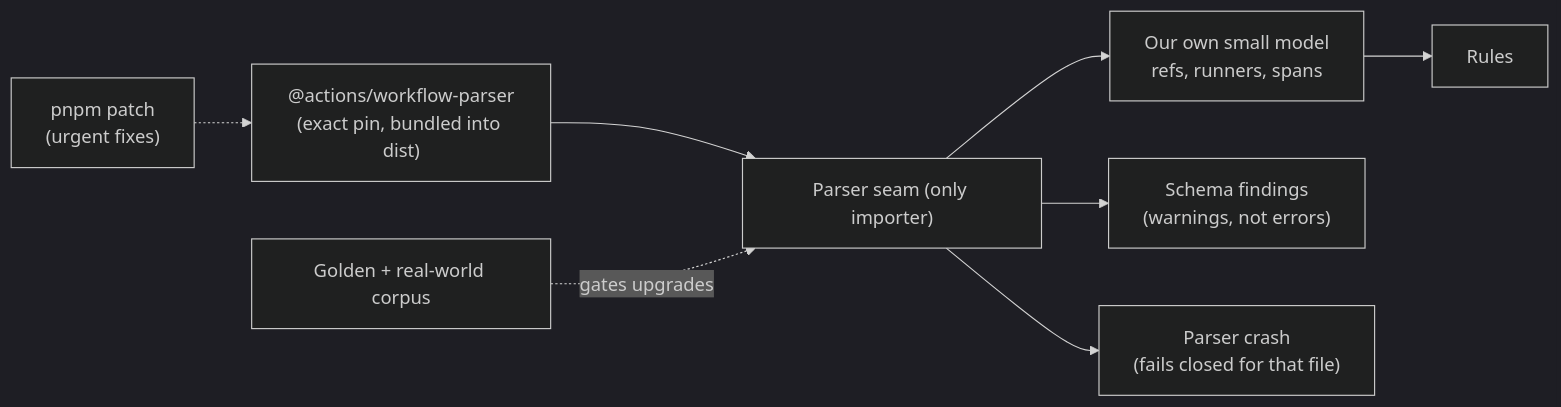
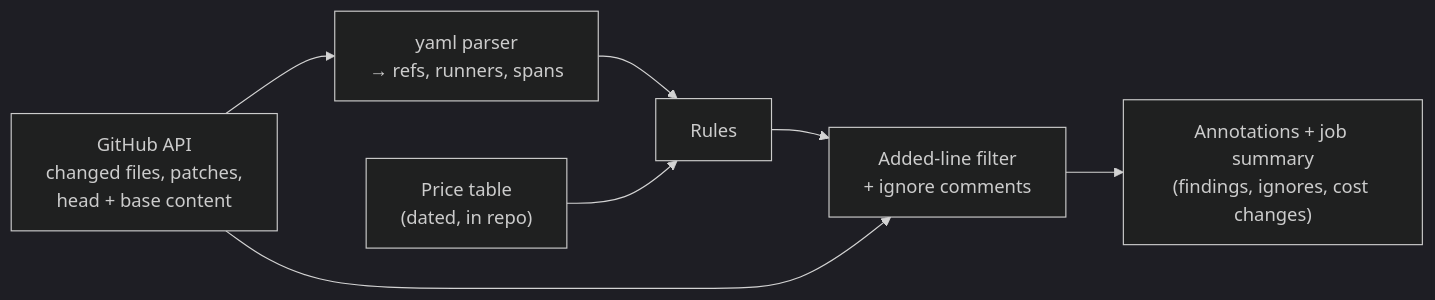
The diagram in changes/gha-workflow-validator-v2/proposal.md (smartcontractkit/.github), drawn with Mermaid (dark theme) before and after one commit. The commit also changed other lines of this file and 1 other file, not shown here.

````diff
--- a/changes/gha-workflow-validator-v2/proposal.md
+++ b/changes/gha-workflow-validator-v2/proposal.md
@@ -189,10 +141,9 @@
 ```mermaid
 flowchart LR
-  Pkg["@actions/workflow-parser<br/>(exact pin, bundled into dist)"] --> Adapter["Parser seam (only importer)"]
-  Patch["pnpm patch<br/>(urgent fixes)"] -.-> Pkg
-  Adapter --> Model["Our own small model<br/>refs, runners, spans"]
-  Adapter --> Schema["Schema findings<br/>(warnings, not errors)"]
-  Adapter --> Crash["Parser crash<br/>(fails closed for that file)"]
-  Corpus["Golden + real-world corpus"] -. gates upgrades .-> Adapter
-  Model --> Rules
+  API["GitHub API<br/>changed files, patches,<br/>head + base content"] --> Parse["yaml parser<br/>→ refs, runners, spans"]
+  Parse --> Rules
+  Prices["Price table<br/>(dated, in repo)"] --> Rules
+  Rules --> Filter["Added-line filter<br/>+ ignore comments"]
+  API --> Filter
+  Filter --> Out["Annotations + job summary<br/>(findings, ignores, cost changes)"]
 ```
````
